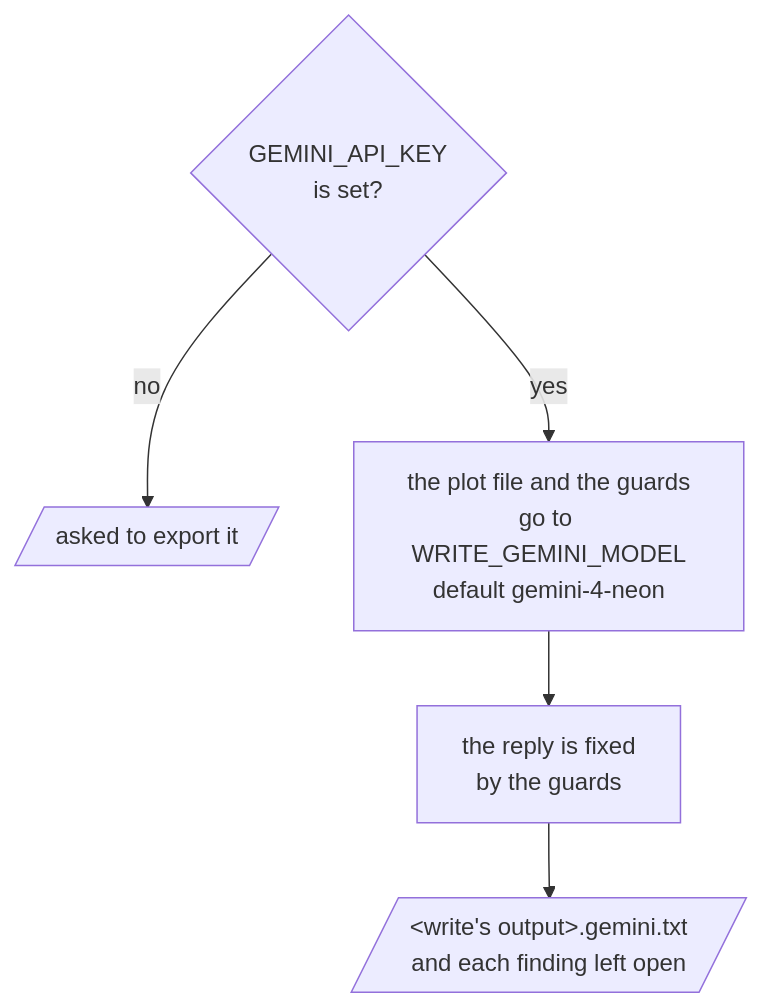
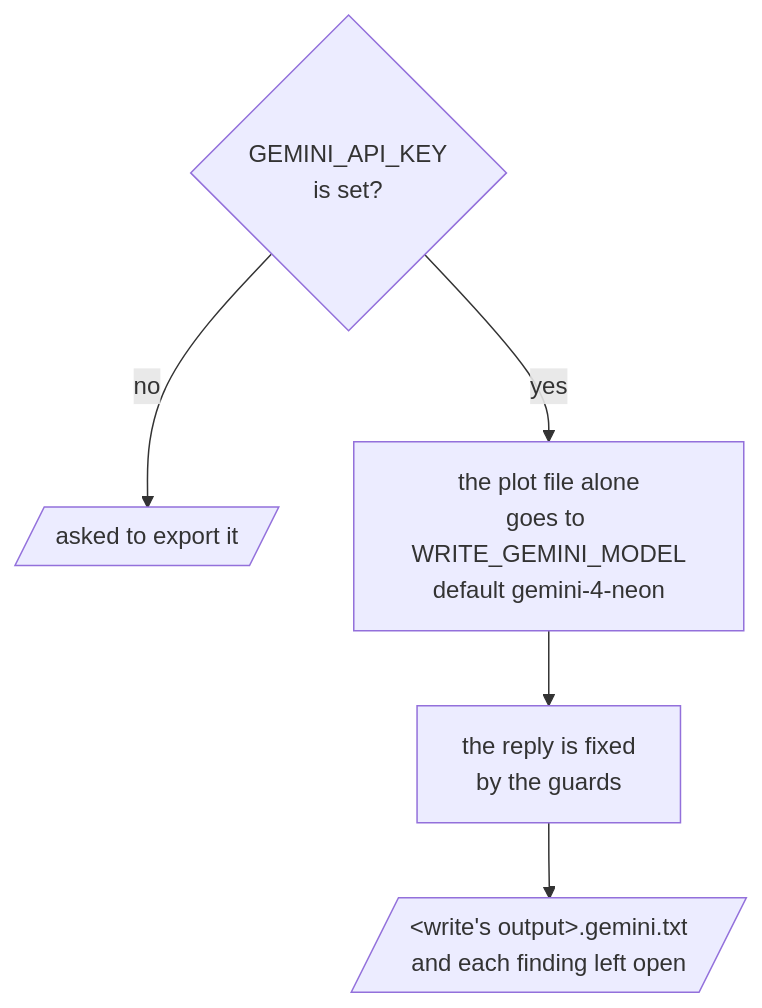
Before and after one commit to omni-stove/skill-kit: the diagram in domains/story/experimental/skills/write-gemini/README.md, drawn with Mermaid. The commit also changed 3 other files, not shown here.

First line of the commit message:
Have write-gemini send Gemini the plot alone: write.sh drops the guards and author-rules.md from the request and prints them for the caller to fix the reply by, and the READMEs show the plot file alone going to the model

````diff
--- a/domains/story/experimental/skills/write-gemini/README.md
+++ b/domains/story/experimental/skills/write-gemini/README.md
@@ -3,8 +3,8 @@
 ```mermaid
 flowchart TD
   key{GEMINI_API_KEY<br/>is set?}
   key -- "no" --> ask[/"asked to export it"/]
-  key -- "yes" --> send[the plot file and the guards<br/>go to WRITE_GEMINI_MODEL<br/>default gemini-4-neon]
+  key -- "yes" --> send[the plot file alone<br/>goes to WRITE_GEMINI_MODEL<br/>default gemini-4-neon]
   send --> fix[the reply is fixed<br/>by the guards]
   fix --> out[/"&lt;write's output&gt;.gemini.txt<br/>and each finding left open"/]
 ```
````
